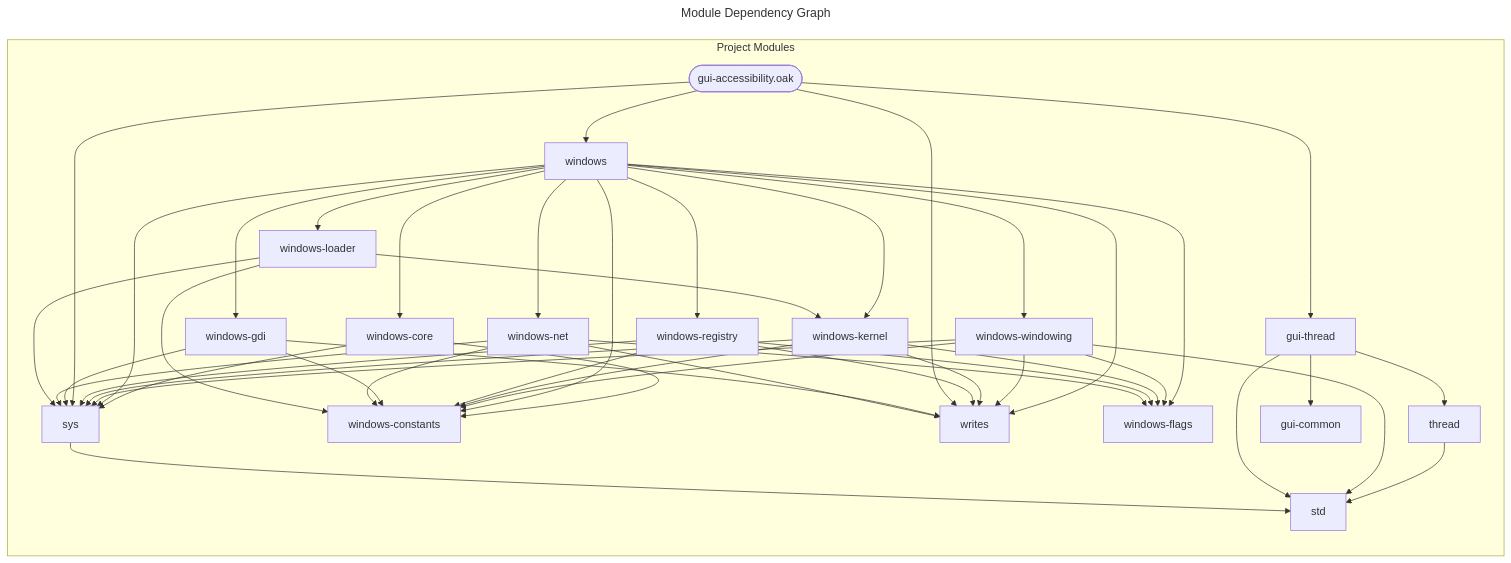
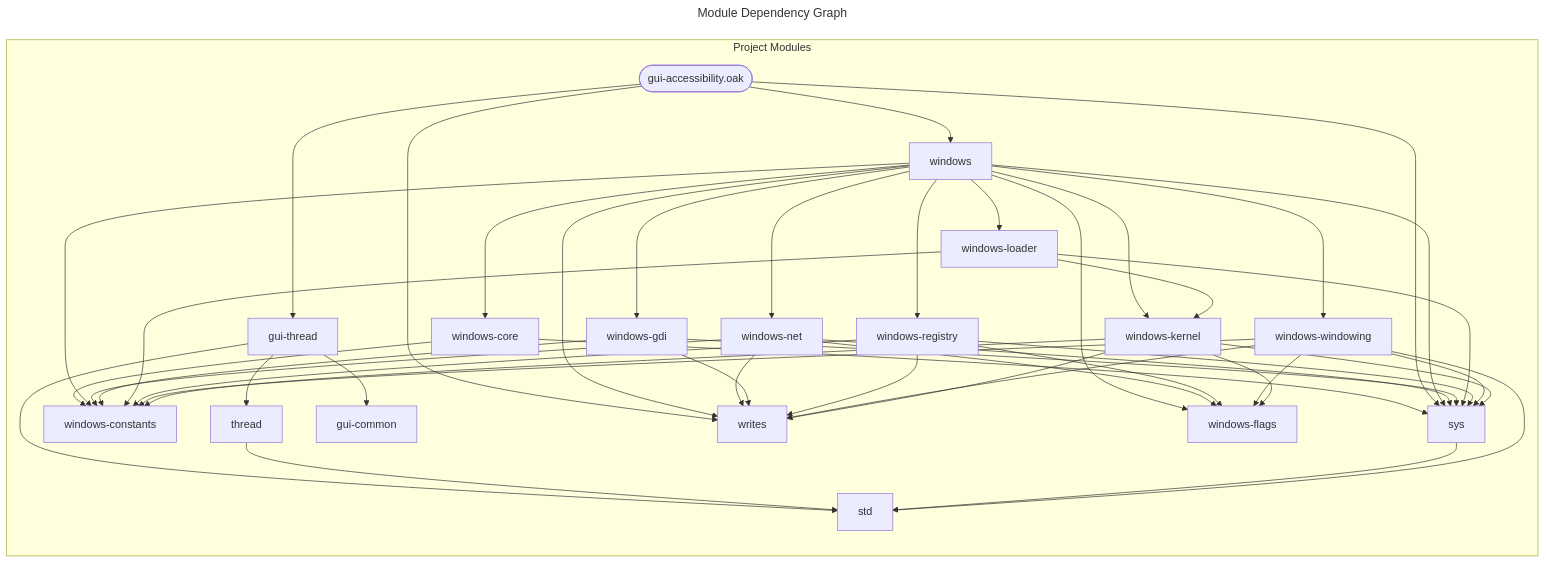
One commit to SpcFORK/magnolia changed the diagram in docs/spec/gui-accessibility.mmd. Above: the diagram before and after it, drawn with Mermaid. The commit also changed other lines of this file and 152 other files, not shown here.

First line of the commit message:
Refactor module dependency graphs in documentation

```diff
--- a/docs/spec/gui-accessibility.mmd
+++ b/docs/spec/gui-accessibility.mmd
@@ -1,68 +1,68 @@
 ---
 title: Module Dependency Graph
 ---
 flowchart LR
     subgraph project_modules ["Project Modules"]
         windows_core["windows-core"]
+        gui_thread["gui-thread"]
+        thread["thread"]
+        lib_gui_accessibility_oak(["gui-accessibility.oak"])
         windows["windows"]
-        thread["thread"]
-        windows_windowing["windows-windowing"]
-        gui_thread["gui-thread"]
-        writes["writes"]
-        windows_kernel["windows-kernel"]
-        windows_registry["windows-registry"]
-        std["std"]
-        lib_gui_accessibility_oak(["gui-accessibility.oak"])
-        windows_gdi["windows-gdi"]
-        windows_flags["windows-flags"]
         gui_common["gui-common"]
         windows_net["windows-net"]
+        windows_constants["windows-constants"]
+        std["std"]
+        writes["writes"]
+        windows_gdi["windows-gdi"]
         sys["sys"]
-        windows_constants["windows-constants"]
         windows_loader["windows-loader"]
+        windows_registry["windows-registry"]
+        windows_windowing["windows-windowing"]
+        windows_kernel["windows-kernel"]
+        windows_flags["windows-flags"]
     end
     windows_core --> sys
     windows_core --> windows_constants
+    gui_thread --> std
+    gui_thread --> thread
+    gui_thread --> gui_common
+    thread --> std
+    lib_gui_accessibility_oak --> sys
+    lib_gui_accessibility_oak --> windows
+    lib_gui_accessibility_oak --> gui_thread
+    lib_gui_accessibility_oak --> writes
     windows --> sys
     windows --> writes
     windows --> windows_constants
     windows --> windows_flags
     windows --> windows_registry
     windows --> windows_net
     windows --> windows_windowing
     windows --> windows_gdi
     windows --> windows_kernel
     windows --> windows_loader
     windows --> windows_core
-    thread --> std
+    windows_net --> sys
+    windows_net --> writes
+    windows_net --> windows_constants
+    windows_net --> windows_flags
+    windows_gdi --> sys
+    windows_gdi --> writes
+    windows_gdi --> windows_constants
+    sys --> std
+    windows_loader --> sys
+    windows_loader --> windows_constants
+    windows_loader --> windows_kernel
+    windows_registry --> sys
+    windows_registry --> writes
+    windows_registry --> windows_constants
+    windows_registry --> windows_flags
     windows_windowing --> sys
     windows_windowing --> writes
     windows_windowing --> windows_constants
     windows_windowing --> windows_flags
     windows_windowing --> std
-    gui_thread --> std
-    gui_thread --> thread
-    gui_thread --> gui_common
     windows_kernel --> sys
     windows_kernel --> writes
     windows_kernel --> windows_constants
     windows_kernel --> windows_flags
-    windows_registry --> sys
-    windows_registry --> writes
-    windows_registry --> windows_constants
-    windows_registry --> windows_flags
-    lib_gui_accessibility_oak --> sys
-    lib_gui_accessibility_oak --> windows
-    lib_gui_accessibility_oak --> gui_thread
-    lib_gui_accessibility_oak --> writes
-    windows_gdi --> sys
-    windows_gdi --> writes
-    windows_gdi --> windows_constants
-    windows_net --> sys
-    windows_net --> writes
-    windows_net --> windows_constants
-    windows_net --> windows_flags
-    sys --> std
-    windows_loader --> sys
-    windows_loader --> windows_constants
-    windows_loader --> windows_kernel
```
